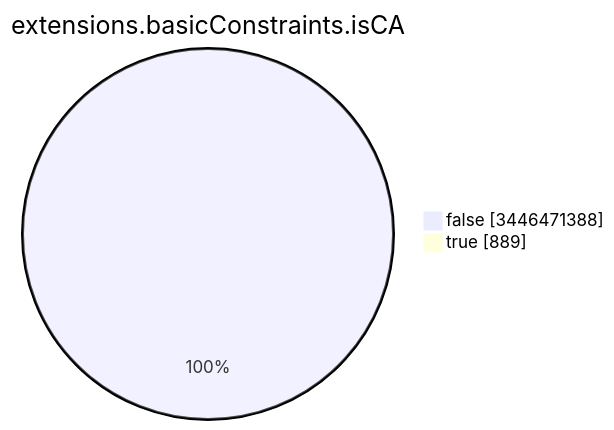
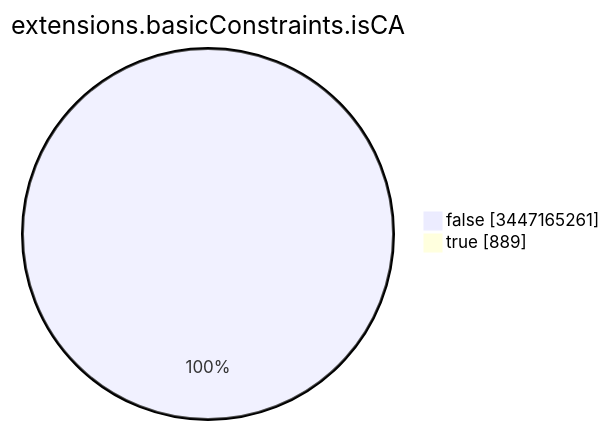
One commit to christiankrug/ctmonitor_visualization changed the seventh of 15 diagrams in TOTAL/README.md. Above: the diagram before and after it, drawn with Mermaid. The commit also changed other lines of this file, not shown here.

````diff
--- a/TOTAL/README.md
+++ b/TOTAL/README.md
@@ -3092,6 +3092,6 @@
 ```mermaid
 pie showData
 title extensions.basicConstraints.isCA
-"false" :3446471388
+"false" :3447165261
 "true" :889
 ```
````
